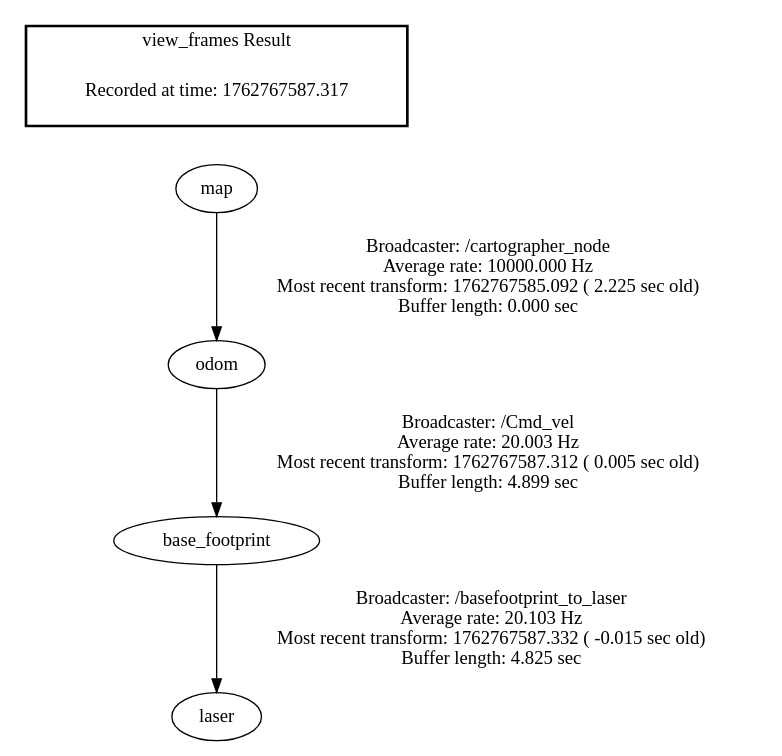
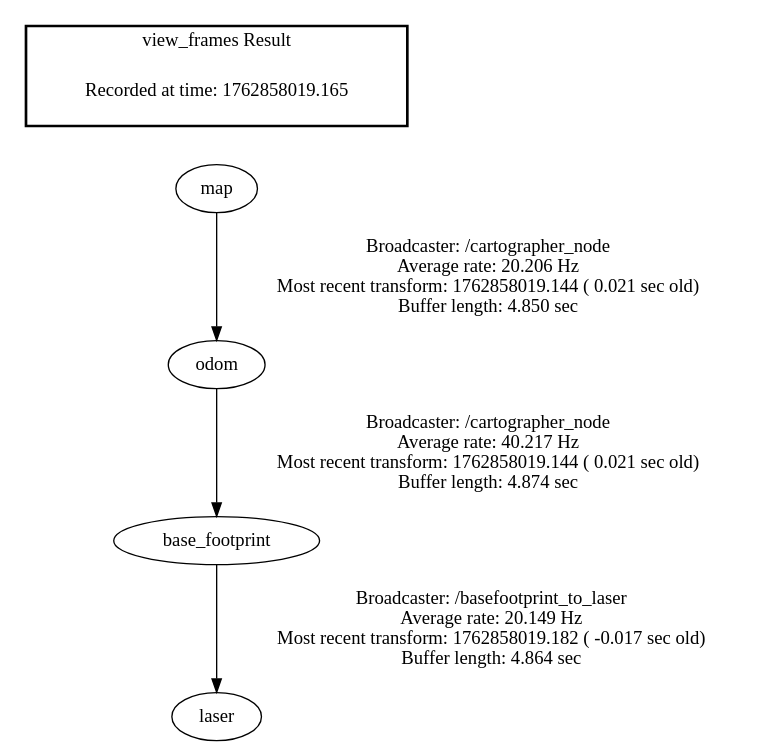
Before and after one commit to hcmutduygit/robot_fablab_ws: the diagram in frames.gv, drawn with Graphviz. The commit also changed 2 other files, not shown here.

```diff
--- a/frames.gv
+++ b/frames.gv
@@ -1,9 +1,9 @@
 digraph G {
-"odom" -> "base_footprint"[label="Broadcaster: /Cmd_vel\nAverage rate: 20.003 Hz\nMost recent transform: 1762767587.312 ( 0.005 sec old)\nBuffer length: 4.899 sec\n"];
-"map" -> "odom"[label="Broadcaster: /cartographer_node\nAverage rate: 10000.000 Hz\nMost recent transform: 1762767585.092 ( 2.225 sec old)\nBuffer length: 0.000 sec\n"];
-"base_footprint" -> "laser"[label="Broadcaster: /basefootprint_to_laser\nAverage rate: 20.103 Hz\nMost recent transform: 1762767587.332 ( -0.015 sec old)\nBuffer length: 4.825 sec\n"];
+"base_footprint" -> "laser"[label="Broadcaster: /basefootprint_to_laser\nAverage rate: 20.149 Hz\nMost recent transform: 1762858019.182 ( -0.017 sec old)\nBuffer length: 4.864 sec\n"];
+"odom" -> "base_footprint"[label="Broadcaster: /cartographer_node\nAverage rate: 40.217 Hz\nMost recent transform: 1762858019.144 ( 0.021 sec old)\nBuffer length: 4.874 sec\n"];
+"map" -> "odom"[label="Broadcaster: /cartographer_node\nAverage rate: 20.206 Hz\nMost recent transform: 1762858019.144 ( 0.021 sec old)\nBuffer length: 4.850 sec\n"];
 edge [style=invis];
  subgraph cluster_legend { style=bold; color=black; label ="view_frames Result";
-"Recorded at time: 1762767587.317"[ shape=plaintext ] ;
+"Recorded at time: 1762858019.165"[ shape=plaintext ] ;
  }->"map";
 }
```
